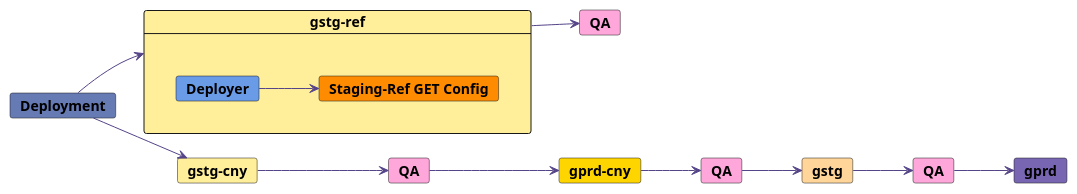
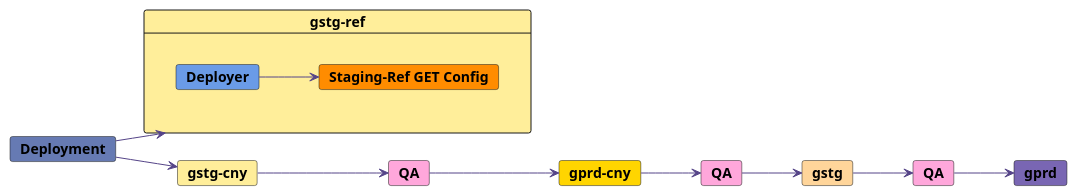
The diagram in content/handbook/engineering/infrastructure/environments/staging-ref.md (zalyoung/gitlab-handbook), drawn with PlantUML before and after one commit. The commit also changed other lines of this file and 5 other files, not shown here.

````diff
--- a/content/handbook/engineering/infrastructure/environments/staging-ref.md
+++ b/content/handbook/engineering/infrastructure/environments/staging-ref.md
@@ -44,36 +44,34 @@
 ```plantuml
 @startuml staging-ref
 left to right direction
 
 card "**Deployment**" as deploy #667ab3
 
 card "gstg-ref" as gstg_ref #ffee9a {
  together {
   card "**Deployer**" as deployer #6a9be7
   card "**Staging-Ref GET Config**" as stg_ref_get #FF8C00
  }
 }
-card "**QA**" as gstg_ref_qa #ffa7db
 
 card "**gstg-cny**" as gstg_cny #ffee9a
 card "**gstg**" as gstg #ffd59a
 card "**gprd-cny**" as gprd_cny #ffd500
 card "**gprd**" as gprd #7966b3
 card "**QA**" as gstg_cny_qa #ffa7db
 card "**QA**" as gstg_qa #ffa7db
 card "**QA**" as gprd_cny_qa #ffa7db
 
 deploy -[#554488]-> gstg_ref
 deployer -[#554488]-> stg_ref_get
-gstg_ref -[#554488]--> gstg_ref_qa
 
 deploy -[#554488]-> gstg_cny
 gstg_cny -[#554488]-> gstg_cny_qa
 gstg_cny_qa -[#554488]-> gprd_cny
 gprd_cny -[#554488]-> gprd_cny_qa
 gprd_cny_qa -[#554488]-> gstg
 gstg -[#554488]-> gstg_qa
 gstg_qa -[#554488]-> gprd
 
 @enduml
 ```
````
